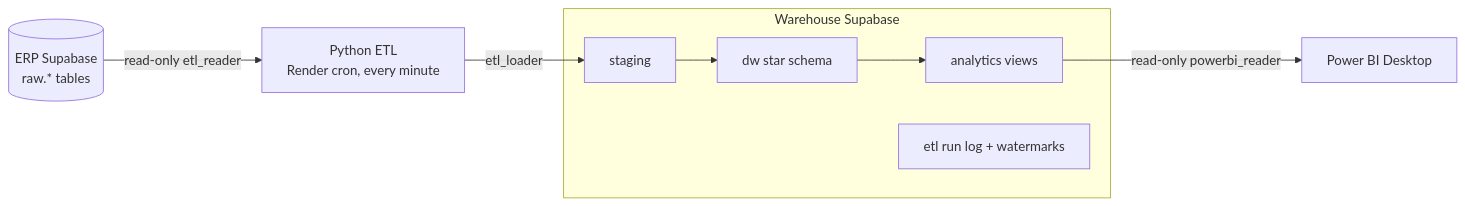
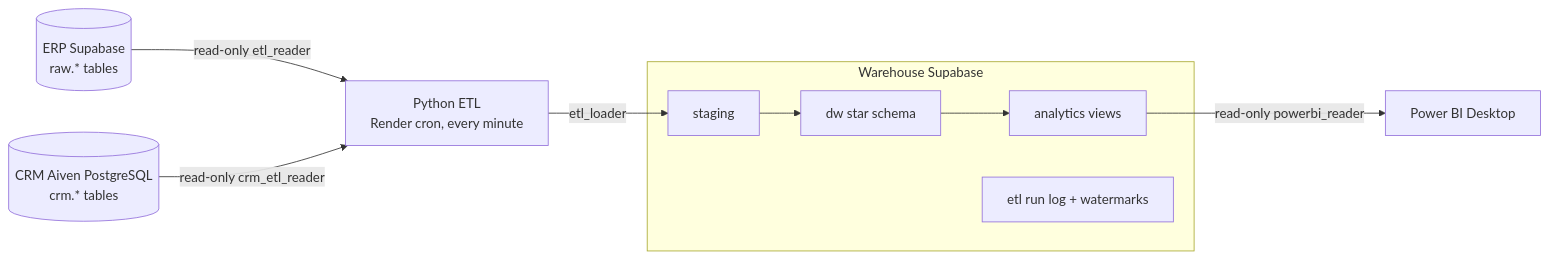
One commit to dharanig977/UniFirst_SoftwareDev_SCM changed the diagram in analytics-warehouse/README.md. Above: the diagram before and after it, drawn with Mermaid. The commit also changed other lines of this file and 19 other files, not shown here.

First line of the commit message:
Add CRM as a second ETL source with Demand vs Actual vs Budget views

````diff
--- a/analytics-warehouse/README.md
+++ b/analytics-warehouse/README.md
@@ -7,10 +7,11 @@
 ```mermaid
 flowchart LR
   A[(ERP Supabase<br/>raw.* tables)] -- read-only etl_reader --> B[Python ETL<br/>Render cron, every minute]
+  C[(CRM Aiven PostgreSQL<br/>crm.* tables)] -- read-only crm_etl_reader --> B
   B -- etl_loader --> S
   subgraph W [Warehouse Supabase]
     S[staging] --> D[dw star schema] --> V[analytics views]
     L[etl run log + watermarks]
   end
   V -- read-only powerbi_reader --> P[Power BI Desktop]
 ```
````
